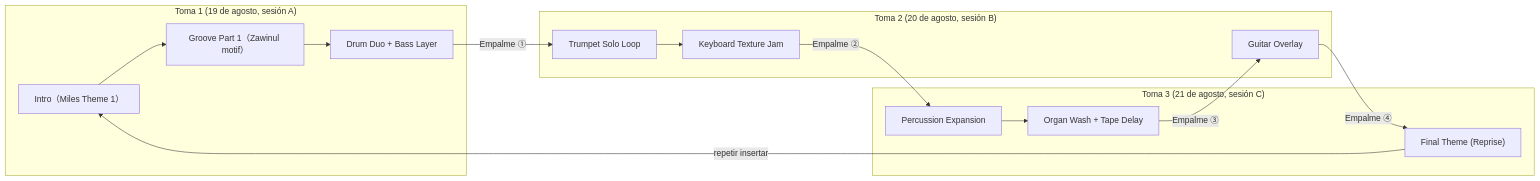
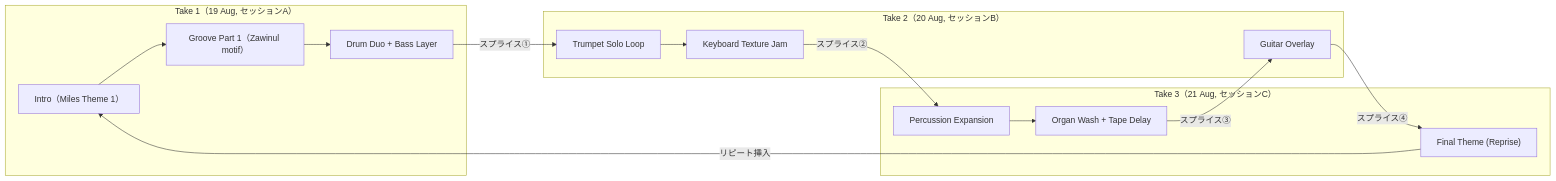
Before and after one commit to monumental-movement/monumental-movement.github.io: the eighth of 12 diagrams in es/_posts/2025-10-28-column-macero-miles.md, drawn with Mermaid. The commit also changed other lines of this file and 299 other files, not shown here.

```diff
--- a/es/_posts/2025-10-28-column-macero-miles.md
+++ b/es/_posts/2025-10-28-column-macero-miles.md
@@ -352,29 +352,29 @@
 <div class="mermaid">
 
 flowchart LR
-    subgraph SessionA["Toma 1 (19 de agosto, sesión A)"]
+    subgraph SessionA["Take 1（19 Aug, セッションA）"]
         A1["Intro（Miles Theme 1）"]
         A2["Groove Part 1（Zawinul motif）"]
         A3["Drum Duo + Bass Layer"]
     end
-    subgraph SessionB["Toma 2 (20 de agosto, sesión B)"]
+    subgraph SessionB["Take 2（20 Aug, セッションB）"]
         B1["Trumpet Solo Loop"]
         B2["Keyboard Texture Jam"]
         B3["Guitar Overlay"]
     end
-    subgraph SessionC["Toma 3 (21 de agosto, sesión C)"]
+    subgraph SessionC["Take 3（21 Aug, セッションC）"]
         C1["Percussion Expansion"]
         C2["Organ Wash + Tape Delay"]
         C3["Final Theme (Reprise)"]
     end
 
     A1 --> A2 --> A3
-    A3 -->|Empalme ①| B1
-    B1 --> B2 -->|Empalme ②| C1
-    C1 --> C2 -->|Empalme ③| B3
-    B3 -->|Empalme ④| C3
-    C3 -->|repetir insertar| A1
+    A3 -->|スプライス①| B1
+    B1 --> B2 -->|スプライス②| C1
+    C1 --> C2 -->|スプライス③| B3
+    B3 -->|スプライス④| C3
+    C3 -->|リピート挿入| A1
 
     click A1 "https://en.wikipedia.org/wiki/Bitches_Brew" "Source: Bitches Brew session notes"
 
 </div>
```
